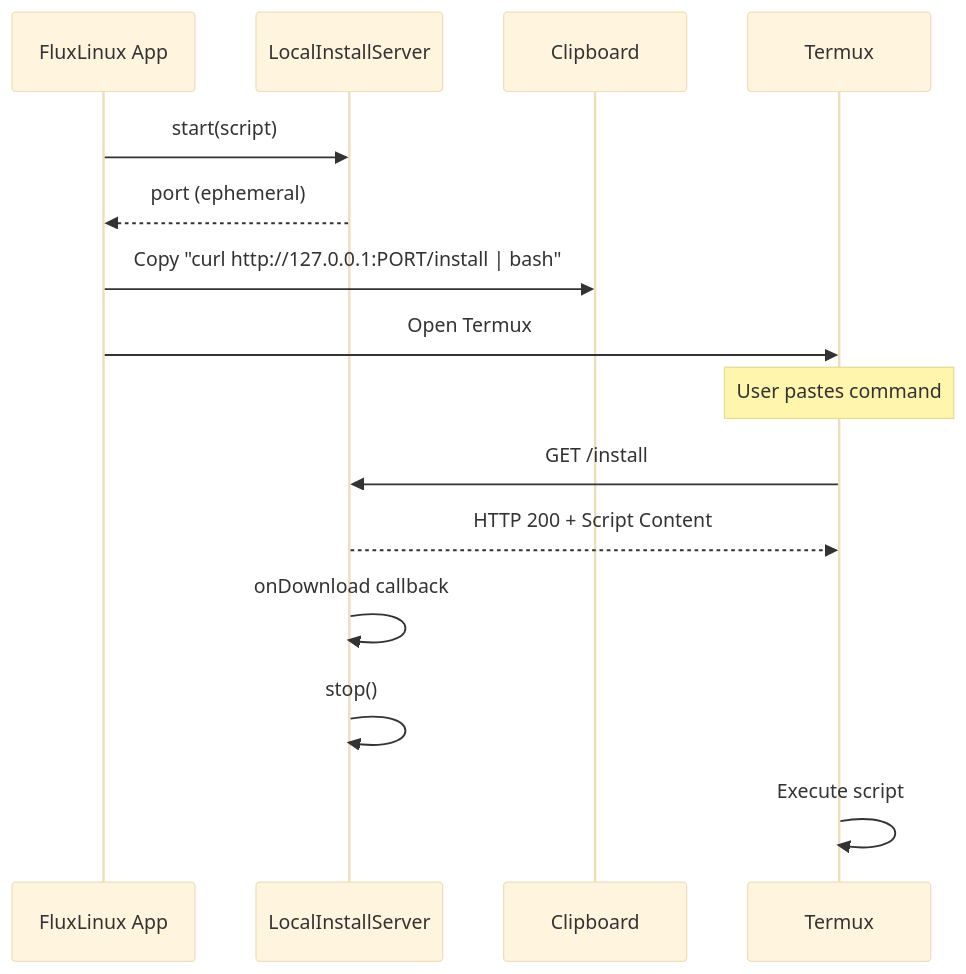
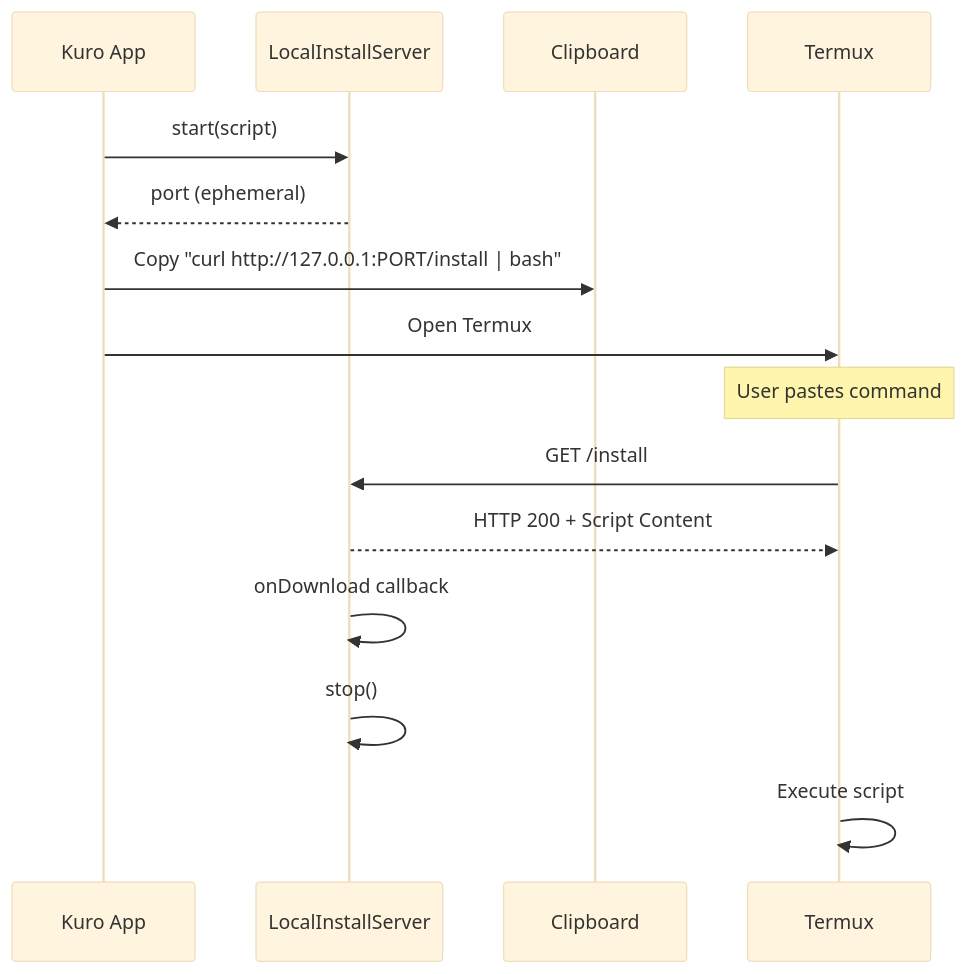
Before and after one commit to HakaI963/kuro: the third of 15 diagrams in docs/script_execution_workflow.md, drawn with Mermaid (base theme). The commit also changed other lines of this file and 573 other files, not shown here.

````diff
--- a/docs/script_execution_workflow.md
+++ b/docs/script_execution_workflow.md
@@ -168,18 +168,18 @@
 ```mermaid
 sequenceDiagram
-    participant App as FluxLinux App
+    participant App as Kuro App
     participant Server as LocalInstallServer
     participant Clipboard as Clipboard
     participant Termux as Termux
     
     App->>Server: start(script)
     Server-->>App: port (ephemeral)
     App->>Clipboard: Copy "curl http://127.0.0.1:PORT/install | bash"
     App->>Termux: Open Termux
     Note over Termux: User pastes command
     Termux->>Server: GET /install
     Server-->>Termux: HTTP 200 + Script Content
     Server->>Server: onDownload callback
     Server->>Server: stop()
     Termux->>Termux: Execute script
 ```
````
